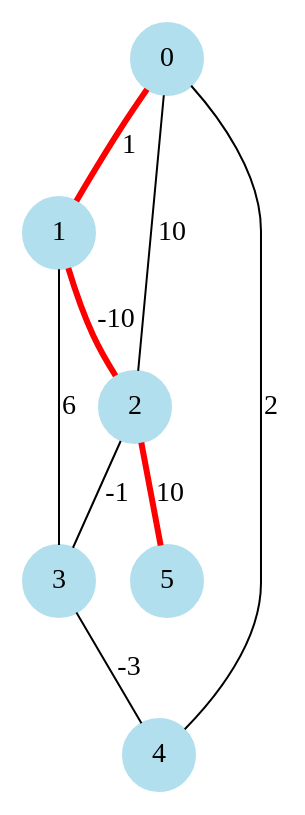
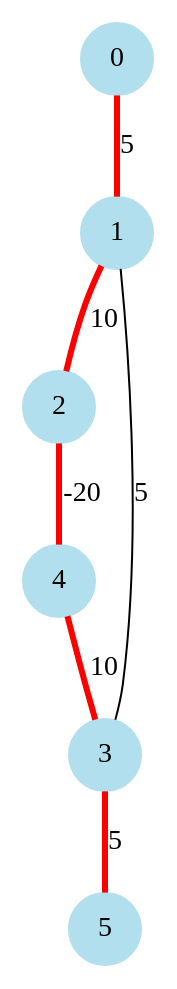
One commit to cni-iisc/networks-course changed the diagram in graph_algorithms/graphFiles/bellmanFord_compare.gv. Above: the diagram before and after it, drawn with Graphviz. The commit also changed 8 other files, not shown here.

```diff
--- a/graph_algorithms/graphFiles/bellmanFord_compare.gv
+++ b/graph_algorithms/graphFiles/bellmanFord_compare.gv
@@ -1,17 +1,15 @@
 graph G {
 	node [color=lightblue2 shape=circle style=filled]
 	0 [label=0]
 	1 [label=1]
 	2 [label=2]
 	3 [label=3]
 	4 [label=4]
 	5 [label=5]
-	0 -- 1 [label=1, color=red, penwidth=3]
-	0 -- 2 [label=10]
-	0 -- 4 [label=2]
-	1 -- 2 [label=-10, color=red, penwidth=3]
-	1 -- 3 [label=6]
-	2 -- 3 [label=-1]
-	2 -- 5 [label=10, color=red, penwidth=3]
-	3 -- 4 [label=-3]
+	0 -- 1 [label=5, color=red, penwidth=3]
+	1 -- 2 [label=10, color=red, penwidth=3]
+	1 -- 3 [label=5]
+	2 -- 4 [label=-20, color=red, penwidth=3]
+	4 -- 3 [label=10, color=red, penwidth=3]
+	3 -- 5 [label=5, color=red, penwidth=3]
 }
```
